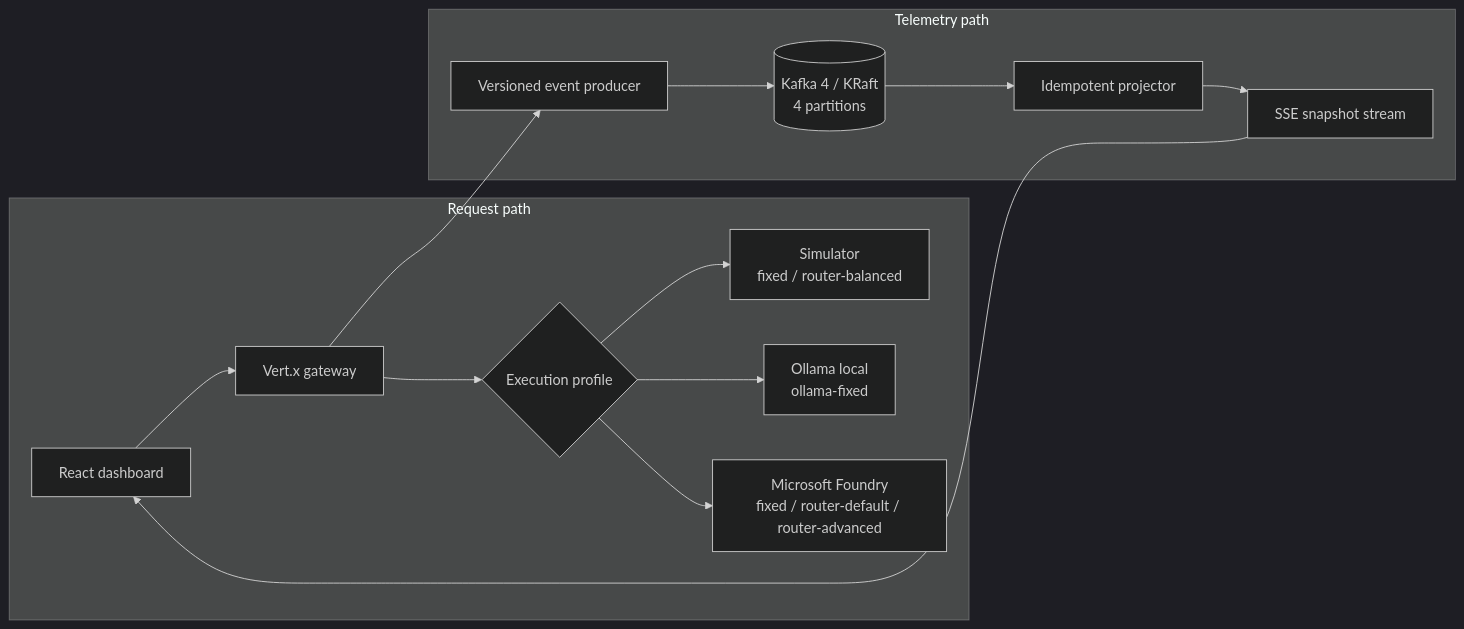
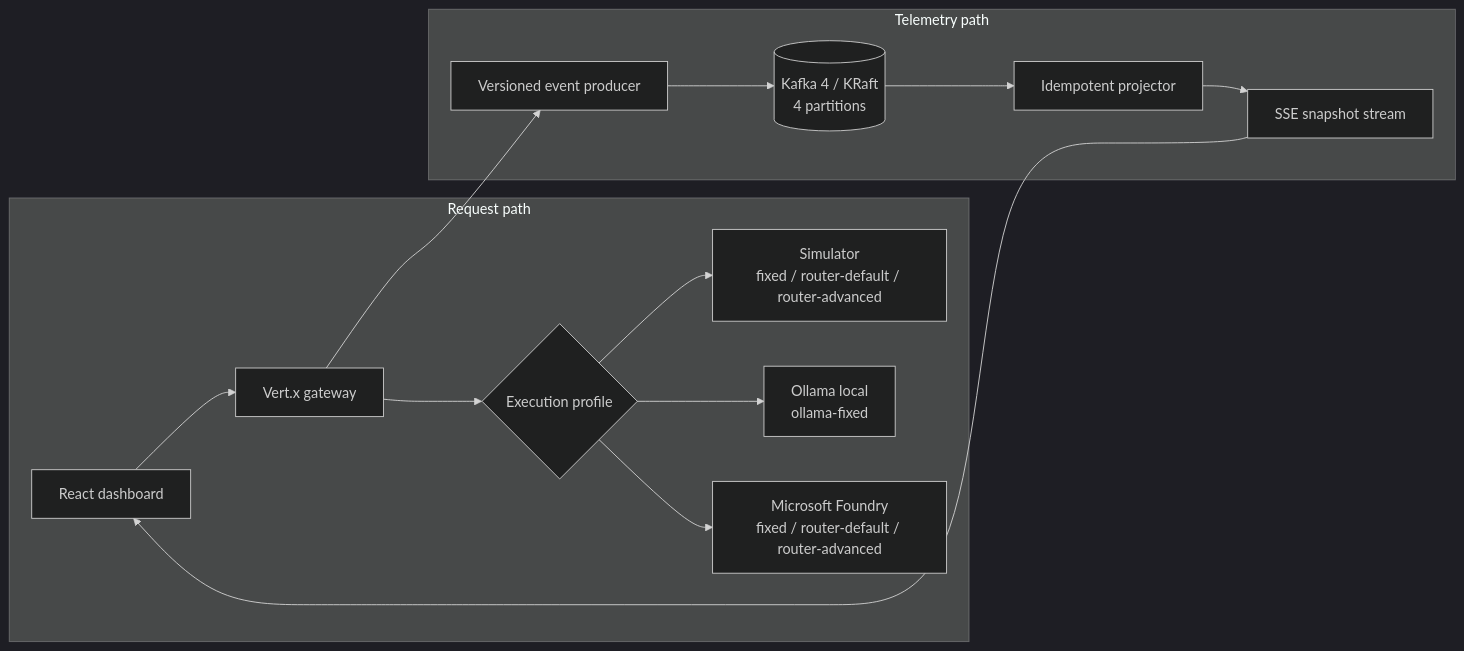
Before and after one commit to hyeonsangjeon/kafka-metric-example: the diagram in docs/architecture.md, drawn with Mermaid (dark theme). The commit also changed other lines of this file and 41 other files, not shown here.

````diff
--- a/docs/architecture.md
+++ b/docs/architecture.md
@@ -7,18 +7,18 @@
 ```mermaid
 flowchart LR
   subgraph request[Request path]
     UI[React dashboard] --> API[Vert.x gateway]
     API --> PROFILE{Execution profile}
-    PROFILE --> SIM[Simulator\nfixed / router-balanced]
+    PROFILE --> SIM[Simulator\nfixed / router-default / router-advanced]
     PROFILE --> OLLAMA[Ollama local\nollama-fixed]
     PROFILE --> FOUNDRY[Microsoft Foundry\nfixed / router-default / router-advanced]
   end
 
   subgraph telemetry[Telemetry path]
     API --> PRODUCER[Versioned event producer]
     PRODUCER --> KAFKA[(Kafka 4 / KRaft\n4 partitions)]
     KAFKA --> PROJECTOR[Idempotent projector]
     PROJECTOR --> SSE[SSE snapshot stream]
     SSE --> UI
   end
 ```
````
